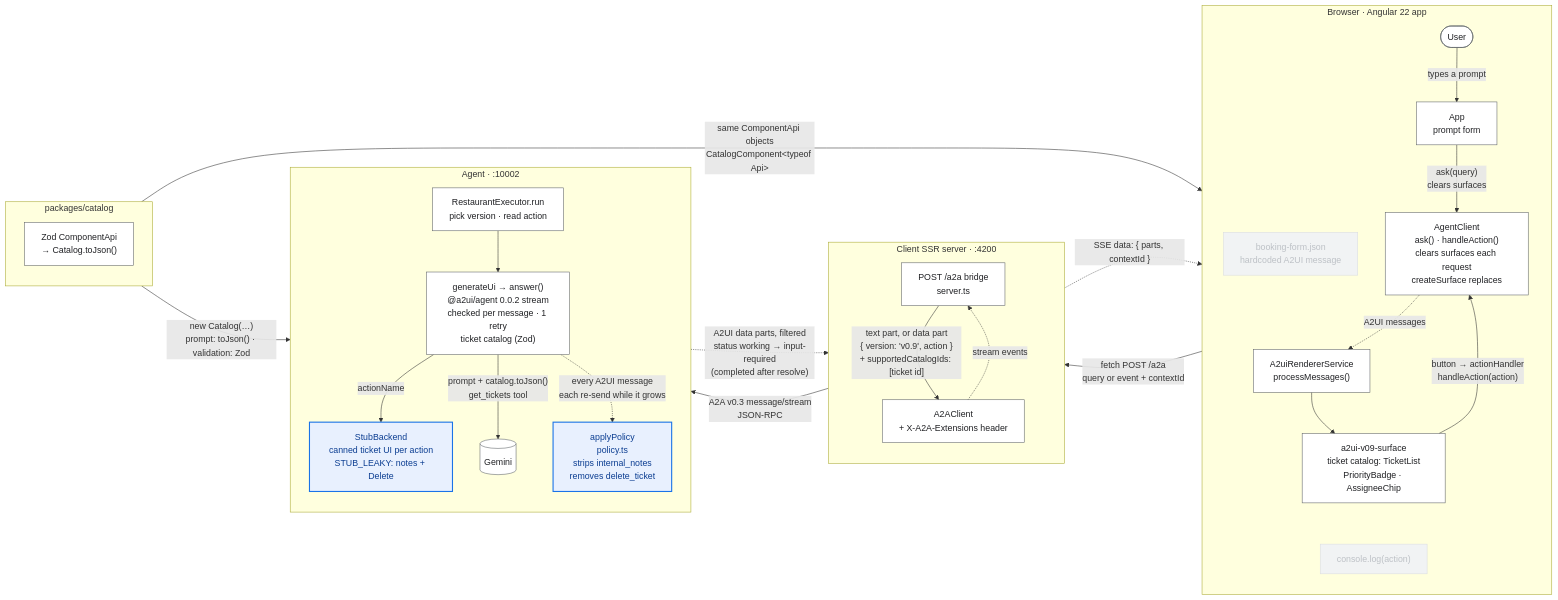
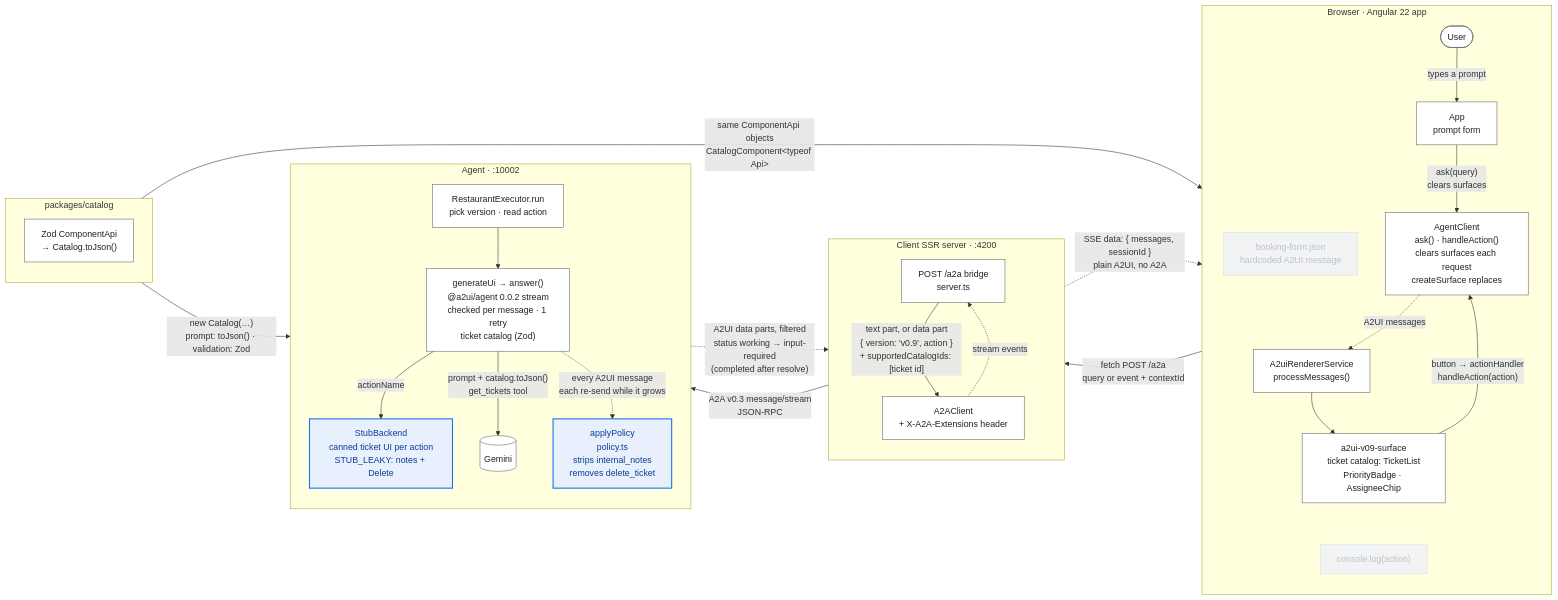
Before and after one commit to giorgiogalassi/talk-a2ui: the fifth of 5 diagrams in demo/FLOW.md, drawn with Mermaid. The commit also changed other lines of this file and 6 other files, not shown here.

````diff
--- a/demo/FLOW.md
+++ b/demo/FLOW.md
@@ -301,59 +301,59 @@
 ```mermaid
 flowchart LR
   subgraph B["Browser · Angular 22 app"]
     direction TB
     U(["User"])
     APP["App<br/>prompt form"]
     HC["booking-form.json<br/>hardcoded A2UI message"]
     AC["AgentClient<br/>ask() · handleAction()<br/>clears surfaces each request<br/>createSurface replaces"]
     R["A2uiRendererService<br/>processMessages()"]
     S["a2ui-v09-surface<br/>ticket catalog: TicketList<br/>PriorityBadge · AssigneeChip"]
     LOG["console.log(action)"]
   end
   subgraph SV["Client SSR server · :4200"]
     direction TB
     BR["POST /a2a bridge<br/>server.ts"]
     AX["A2AClient<br/>+ X-A2A-Extensions header"]
   end
   subgraph AG["Agent · :10002"]
     direction TB
     EX["RestaurantExecutor.run<br/>pick version · read action"]
     GEN["generateUi → answer()<br/>@a2ui/agent 0.0.2 stream<br/>checked per message · 1 retry<br/>ticket catalog (Zod)"]
     STUB["StubBackend<br/>canned ticket UI per action<br/>STUB_LEAKY: notes + Delete"]
     LLM[("Gemini")]
     POL["applyPolicy<br/>policy.ts<br/>strips internal_notes<br/>removes delete_ticket"]
   end
   subgraph PK["packages/catalog"]
     direction TB
     CAT["Zod ComponentApi<br/>→ Catalog.toJson()"]
   end
 
   U -->|"types a prompt"| APP
   APP -->|"ask(query)<br/>clears surfaces"| AC
   HC ~~~ R
   AC -->|"fetch POST /a2a<br/>query or event + contextId"| BR
   BR -->|"text part, or data part<br/>{ version: 'v0.9', action }<br/>+ supportedCatalogIds: [ticket id]"| AX
   AX -->|"A2A v0.3 message/stream<br/>JSON-RPC"| EX
   EX --> GEN
   GEN -->|"actionName"| STUB
   GEN -->|"prompt + catalog.toJson()<br/>get_tickets tool"| LLM
   GEN ~~~ AX
   AX -.->|"stream events"| BR
-  BR -.->|"SSE data: { parts, contextId }"| AC
+  BR -.->|"SSE data: { messages, sessionId }<br/>plain A2UI, no A2A"| AC
   AC -.->|"A2UI messages"| R
   R --> S
   S -->|"button → actionHandler<br/>handleAction(action)"| AC
   S ~~~ LOG
   GEN -.->|"every A2UI message<br/>each re-send while it grows"| POL
   POL -.->|"A2UI data parts, filtered<br/>status working → input-required<br/>(completed after resolve)"| AX
   CAT -->|"new Catalog(…)<br/>prompt: toJson() · validation: Zod"| GEN
   CAT -->|"same ComponentApi objects<br/>CatalogComponent#60;typeof Api#62;"| S
 
   classDef todo fill:none,stroke:#9aa0a6,stroke-dasharray:4 3,color:#9aa0a6
   classDef new fill:#e8f0fe,stroke:#1a73e8,stroke-width:2px,color:#0b3d91
   classDef done fill:#ffffff,stroke:#5f6368,color:#202124
   classDef gone fill:#f1f3f4,stroke:#dadce0,color:#bdc1c6
   class POL,STUB new
   class U,APP,AC,BR,AX,EX,GEN,LLM,R,S,CAT done
   class HC,LOG gone
 ```
````
